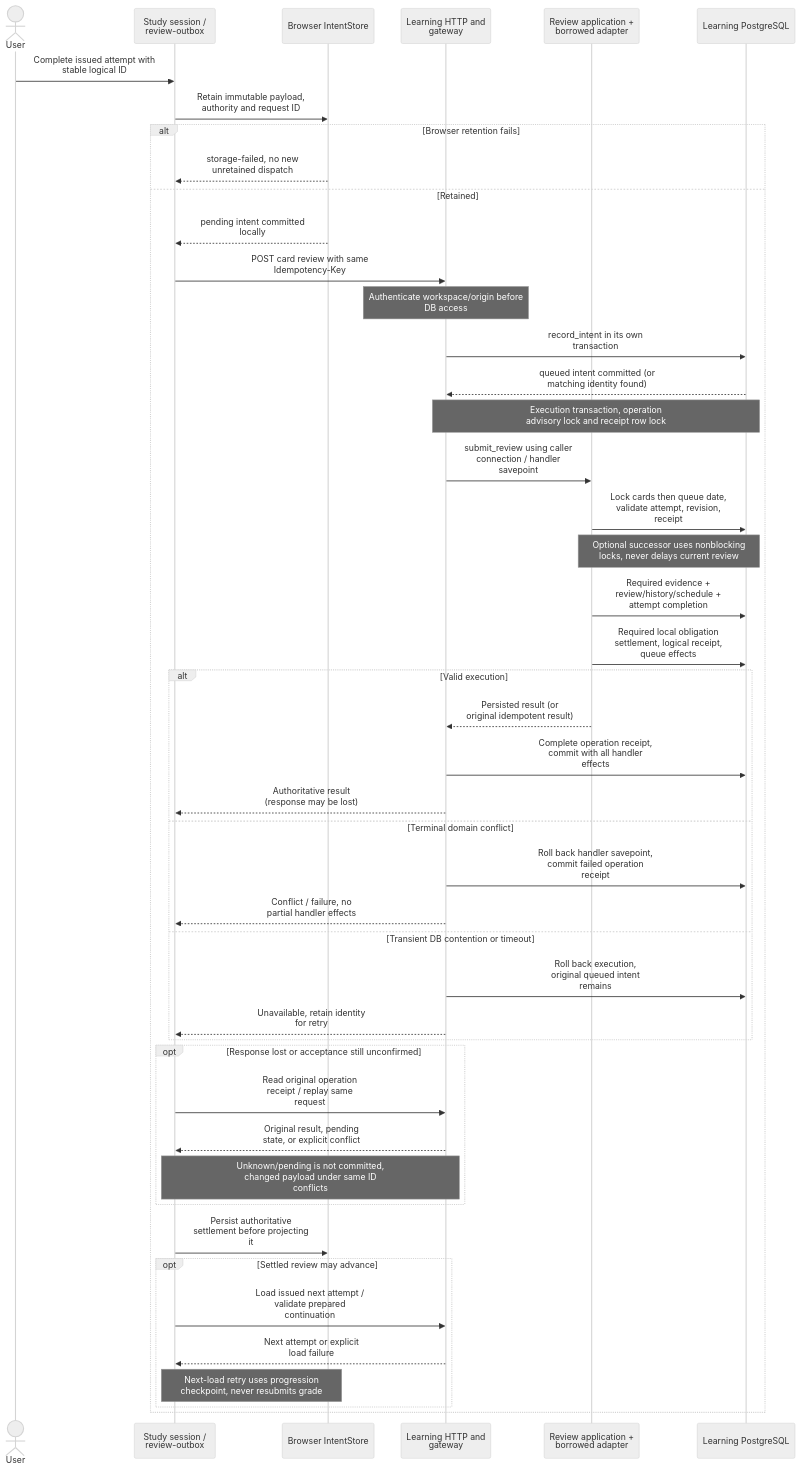
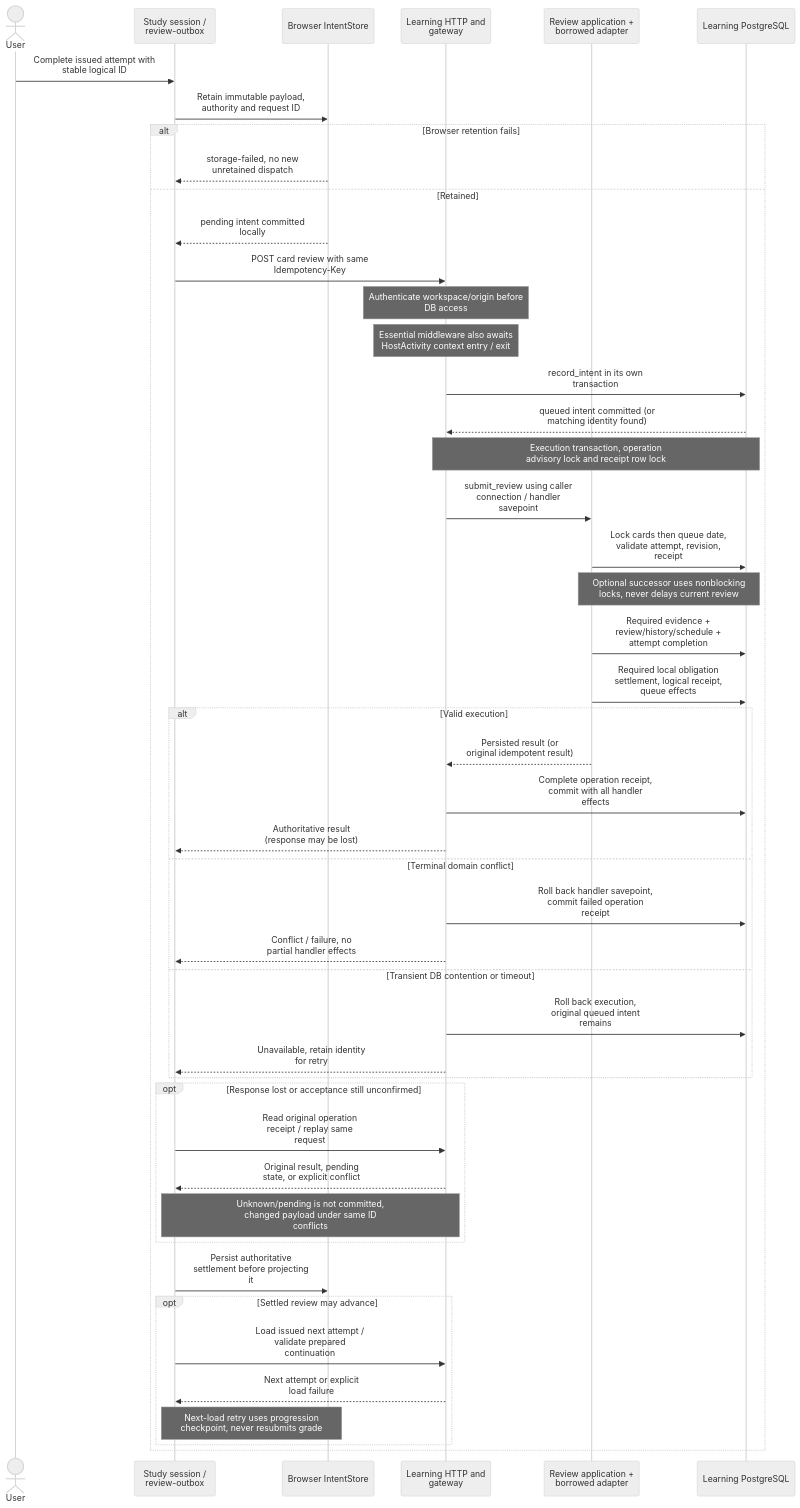
Before and after one commit to aaweaver-actuary/tempo: the first of 4 diagrams in docs/architecture/diagrams/flows.md, drawn with Mermaid (neutral theme). The commit also changed other lines of this file and 3 other files, not shown here.

````diff
--- a/docs/architecture/diagrams/flows.md
+++ b/docs/architecture/diagrams/flows.md
@@ -16,48 +16,49 @@
 ```mermaid
 sequenceDiagram
   actor User
   participant S as Study session /<br/>review-outbox
   participant B as Browser IntentStore
   participant A as Learning HTTP and<br/>gateway
   participant R as Review application +<br/>borrowed adapter
   participant D as Learning PostgreSQL
   User->>S: Complete issued attempt with<br/>stable logical ID
   S->>B: Retain immutable payload,<br/>authority and request ID
   alt Browser retention fails
     B-->>S: storage-failed, no new<br/>unretained dispatch
   else Retained
     B-->>S: pending intent committed<br/>locally
     S->>A: POST card review with same<br/>Idempotency-Key
     Note over A: Authenticate workspace/origin before<br/>DB access
+    Note over A: Essential middleware also awaits<br/>HostActivity context entry / exit
     A->>D: record_intent in its own<br/>transaction
     D-->>A: queued intent committed (or<br/>matching identity found)
     Note over A,D: Execution transaction, operation<br/>advisory lock and receipt row lock
     A->>R: submit_review using caller<br/>connection / handler<br/>savepoint
     R->>D: Lock cards then queue date,<br/>validate attempt, revision,<br/>receipt
     Note over R,D: Optional successor uses nonblocking<br/>locks, never delays current review
     R->>D: Required evidence +<br/>review/history/schedule +<br/>attempt completion
     R->>D: Required local obligation<br/>settlement, logical receipt,<br/>queue effects
     alt Valid execution
       R-->>A: Persisted result (or<br/>original idempotent result)
       A->>D: Complete operation receipt,<br/>commit with all handler<br/>effects
       A-->>S: Authoritative result<br/>(response may be lost)
     else Terminal domain conflict
       A->>D: Roll back handler savepoint,<br/>commit failed operation<br/>receipt
       A-->>S: Conflict / failure, no<br/>partial handler effects
     else Transient DB contention or timeout
       A->>D: Roll back execution,<br/>original queued intent<br/>remains
       A-->>S: Unavailable, retain identity<br/>for retry
     end
     opt Response lost or acceptance still unconfirmed
       S->>A: Read original operation<br/>receipt / replay same<br/>request
       A-->>S: Original result, pending<br/>state, or explicit conflict
       Note over S,A: Unknown/pending is not committed,<br/>changed payload under same ID<br/>conflicts
     end
     S->>B: Persist authoritative<br/>settlement before projecting<br/>it
     opt Settled review may advance
       S->>A: Load issued next attempt /<br/>validate prepared<br/>continuation
       A-->>S: Next attempt or explicit<br/>load failure
       Note over S,B: Next-load retry uses progression<br/>checkpoint, never resubmits grade
     end
   end
 ```
````
